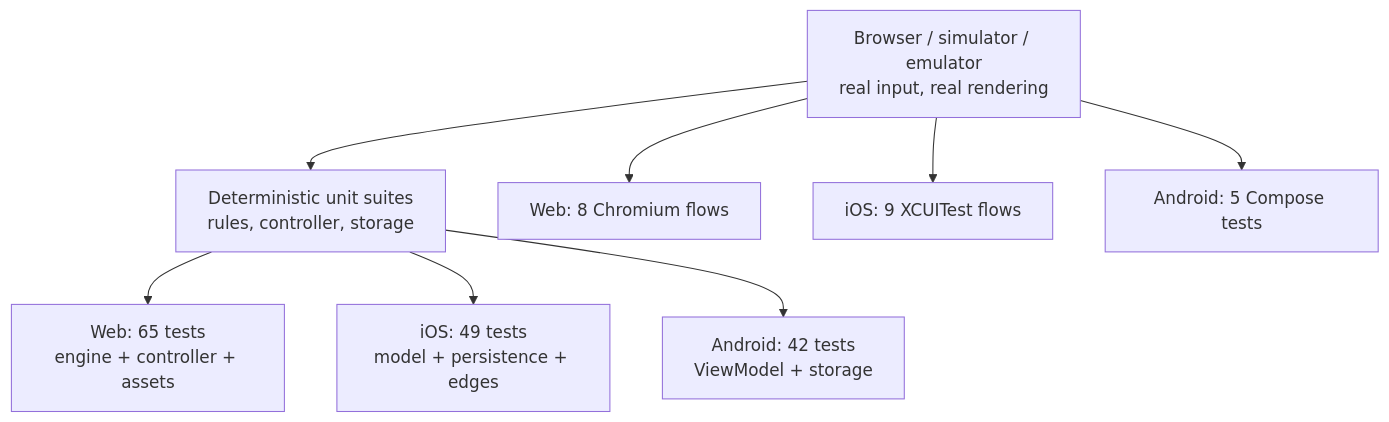
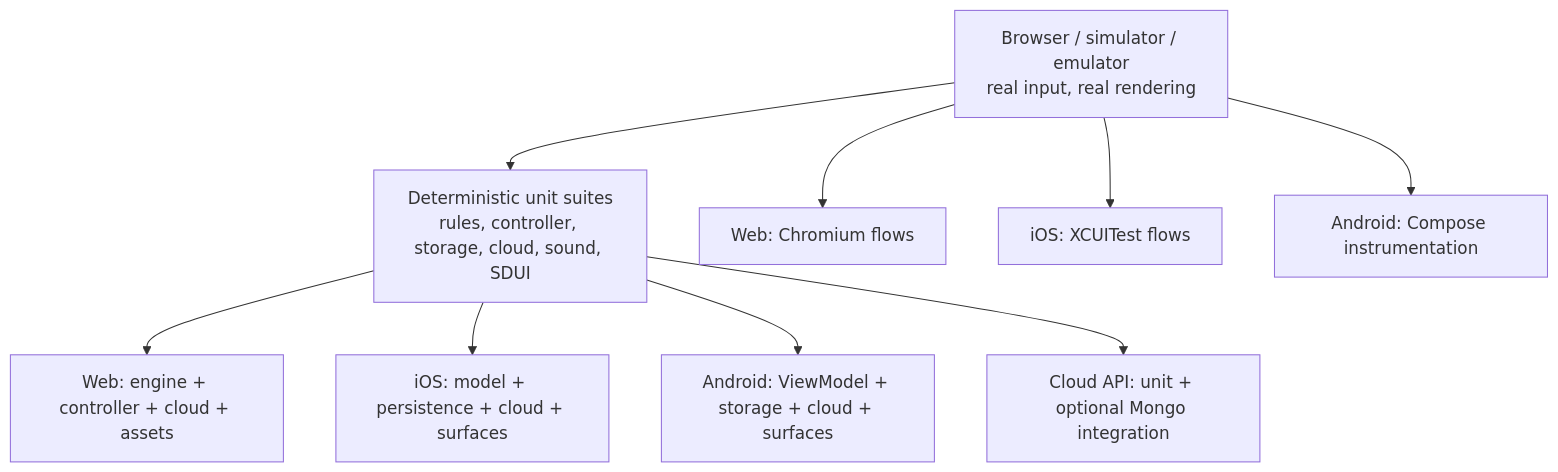
Before and after one commit to hoangsonww/2048-Game: diagram 36 of 47 in ARCHITECTURE.md, drawn with Mermaid. The commit also changed other lines of this file, not shown here.

First line of the commit message:
Expand ARCHITECTURE.md into a full system reference.

````diff
--- a/ARCHITECTURE.md
+++ b/ARCHITECTURE.md
@@ -1123,15 +1450,16 @@
 ```mermaid
 flowchart TB
     UI["Browser / simulator / emulator<br/>real input, real rendering"]
-    Unit["Deterministic unit suites<br/>rules, controller, storage"]
+    Unit["Deterministic unit suites<br/>rules, controller, storage, cloud, sound, SDUI"]
 
     UI --> Unit
 
-    Unit --> W["Web: 65 tests<br/>engine + controller + assets"]
-    Unit --> I["iOS: 49 tests<br/>model + persistence + edges"]
-    Unit --> A["Android: 42 tests<br/>ViewModel + storage"]
+    Unit --> W["Web: engine + controller + cloud + assets"]
+    Unit --> I["iOS: model + persistence + cloud + surfaces"]
+    Unit --> A["Android: ViewModel + storage + cloud + surfaces"]
+    Unit --> S["Cloud API: unit + optional Mongo integration"]
 
-    UI --> WB["Web: 8 Chromium flows"]
-    UI --> IU["iOS: 9 XCUITest flows"]
-    UI --> AU["Android: 5 Compose tests"]
+    UI --> WB["Web: Chromium flows"]
+    UI --> IU["iOS: XCUITest flows"]
+    UI --> AU["Android: Compose instrumentation"]
 ```
````
